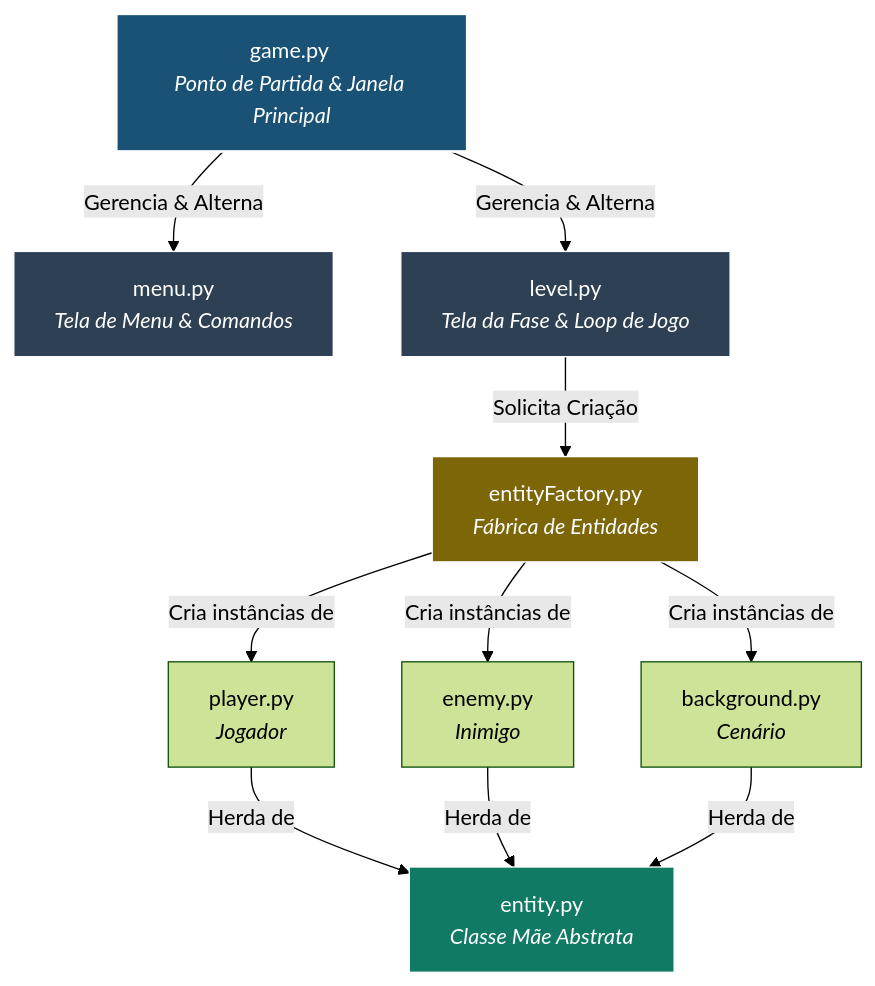
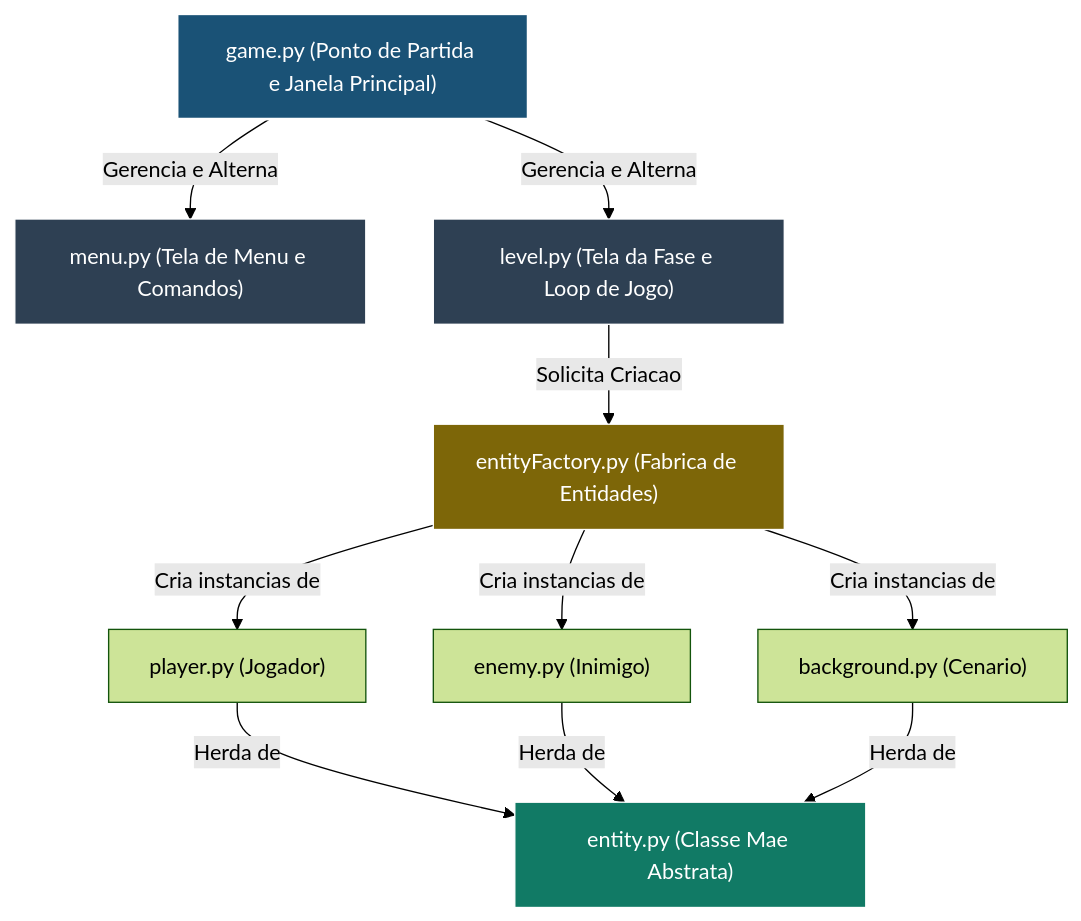
The diagram in arquitetura.md (nunesaluna/tesouro-do-pirata-pygame), drawn with Mermaid (forest theme) before and after one commit.

Commit message:
docs: padroniza sintaxe do mermaid para compatibilidade com github

````diff
--- a/arquitetura.md
+++ b/arquitetura.md
@@ -3,21 +3,21 @@
 ```mermaid
 graph TD
-    game[game.py <br><i>Ponto de Partida & Janela Principal</i>] -->|Gerencia & Alterna| menu[menu.py <br><i>Tela de Menu & Comandos</i>]
-    game -->|Gerencia & Alterna| level[level.py <br><i>Tela da Fase & Loop de Jogo</i>]
-    
-    level -->|Solicita Criação| factory[entityFactory.py <br><i>Fábrica de Entidades</i>]
-    
-    factory -->|Cria instâncias de| player[player.py <br><i>Jogador</i>]
-    factory -->|Cria instâncias de| enemy[enemy.py <br><i>Inimigo</i>]
-    factory -->|Cria instâncias de| bg[background.py <br><i>Cenário</i>]
-    
-    player -->|Herda de| entity[entity.py <br><i>Classe Mãe Abstrata</i>]
+    game["game.py (Ponto de Partida e Janela Principal)"] -->|Gerencia e Alterna| menu["menu.py (Tela de Menu e Comandos)"]
+    game -->|Gerencia e Alterna| level["level.py (Tela da Fase e Loop de Jogo)"]
+
+    level -->|Solicita Criacao| factory["entityFactory.py (Fabrica de Entidades)"]
+
+    factory -->|Cria instancias de| player["player.py (Jogador)"]
+    factory -->|Cria instancias de| enemy["enemy.py (Inimigo)"]
+    factory -->|Cria instancias de| bg["background.py (Cenario)"]
+
+    player -->|Herda de| entity["entity.py (Classe Mae Abstrata)"]
     enemy -->|Herda de| entity
     bg -->|Herda de| entity
 
     style game fill:#1a5276,stroke:#fff,stroke-width:2px,color:#fff
     style menu fill:#2e4053,stroke:#fff,stroke-width:1px,color:#fff
     style level fill:#2e4053,stroke:#fff,stroke-width:1px,color:#fff
     style factory fill:#7d6608,stroke:#fff,stroke-width:1px,color:#fff
     style entity fill:#117a65,stroke:#fff,stroke-width:1px,color:#fff
 ```
````
